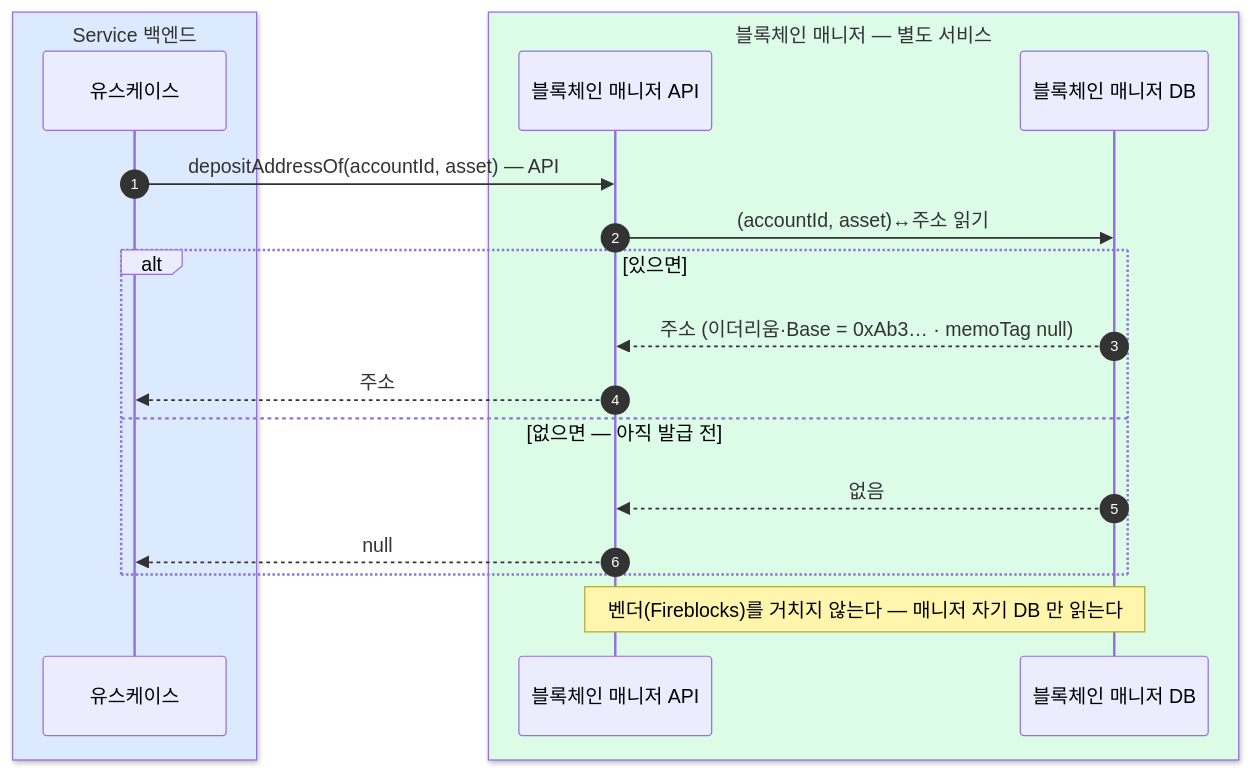
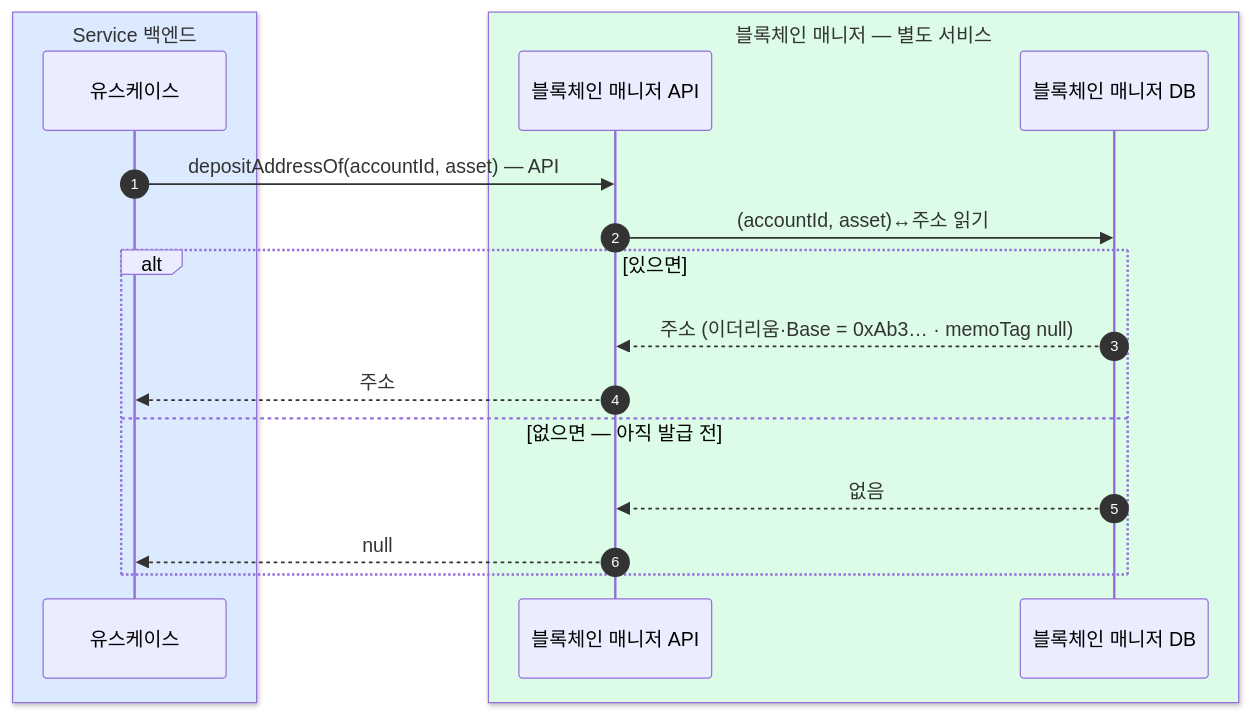
The diagram in blockchain-manager/docs/블록체인매니저/설계/03-address-of.md (eunsujeo/eunpus), drawn with Mermaid before and after one commit. The commit also changed other lines of this file, not shown here.

Commit message:
3장 리뷰: "벤더 왕복 없음" 4중 반복 축소(헤딩·다이어그램 Note 제거), 리드 메타 제거, 동사→오퍼레이션

````diff
--- a/blockchain-manager/docs/블록체인매니저/설계/03-address-of.md
+++ b/blockchain-manager/docs/블록체인매니저/설계/03-address-of.md
@@ -17,22 +17,21 @@
 ```mermaid
 sequenceDiagram
     autonumber
     box rgb(219,234,254) Service 백엔드
     participant BE as 유스케이스
     end
     box rgb(220,252,231) 블록체인 매니저 — 별도 서비스
     participant BM as 블록체인 매니저 API
     participant MDB as 블록체인 매니저 DB
     end
 
     BE->>BM: depositAddressOf(accountId, asset) — API
     BM->>MDB: (accountId, asset)↔주소 읽기
     alt 있으면
         MDB-->>BM: 주소 (이더리움·Base = 0xAb3… · memoTag null)
         BM-->>BE: 주소
     else 없으면 — 아직 발급 전
         MDB-->>BM: 없음
         BM-->>BE: null
     end
-    Note over BM,MDB: 벤더(Fireblocks)를 거치지 않는다 — 매니저 자기 DB 만 읽는다
 ```
````
